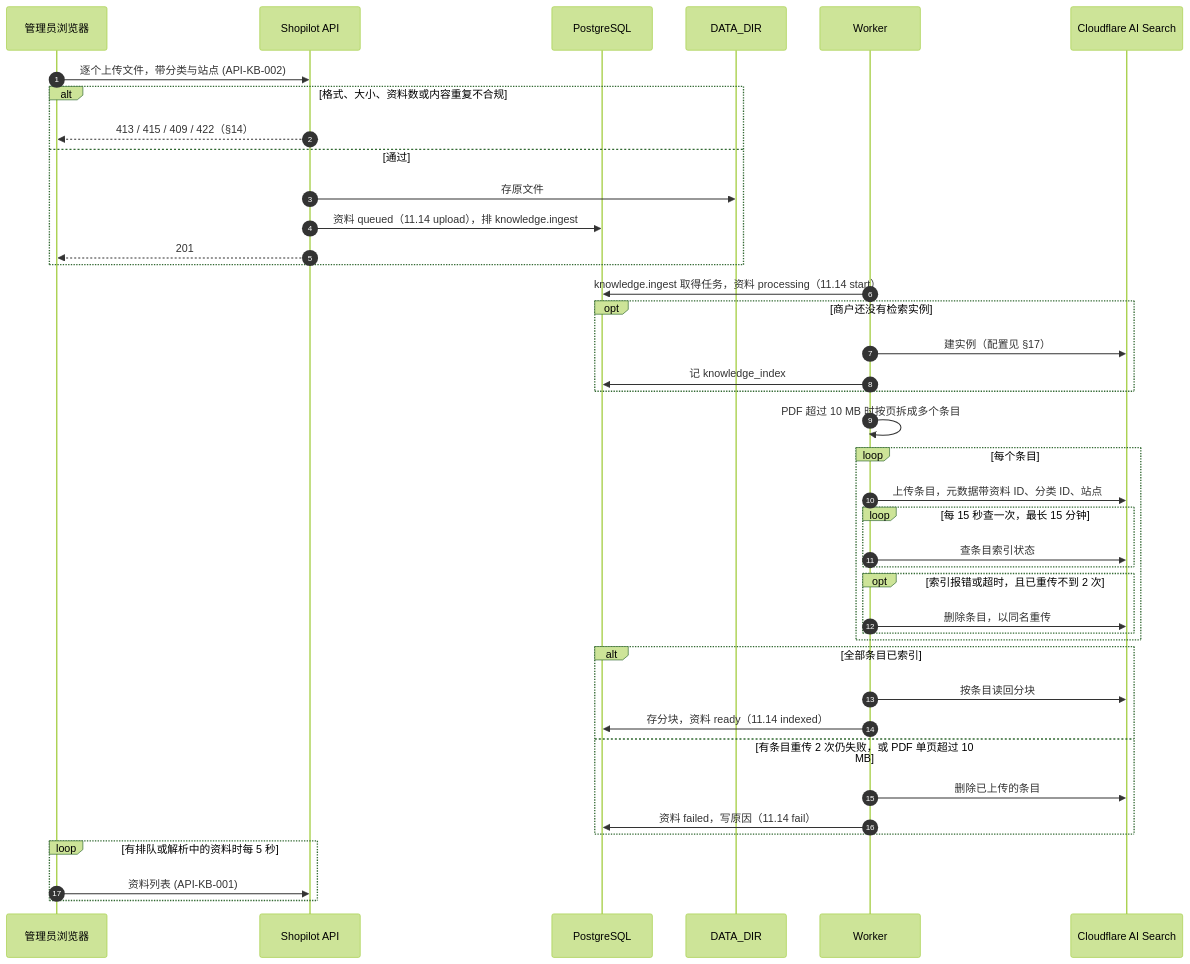
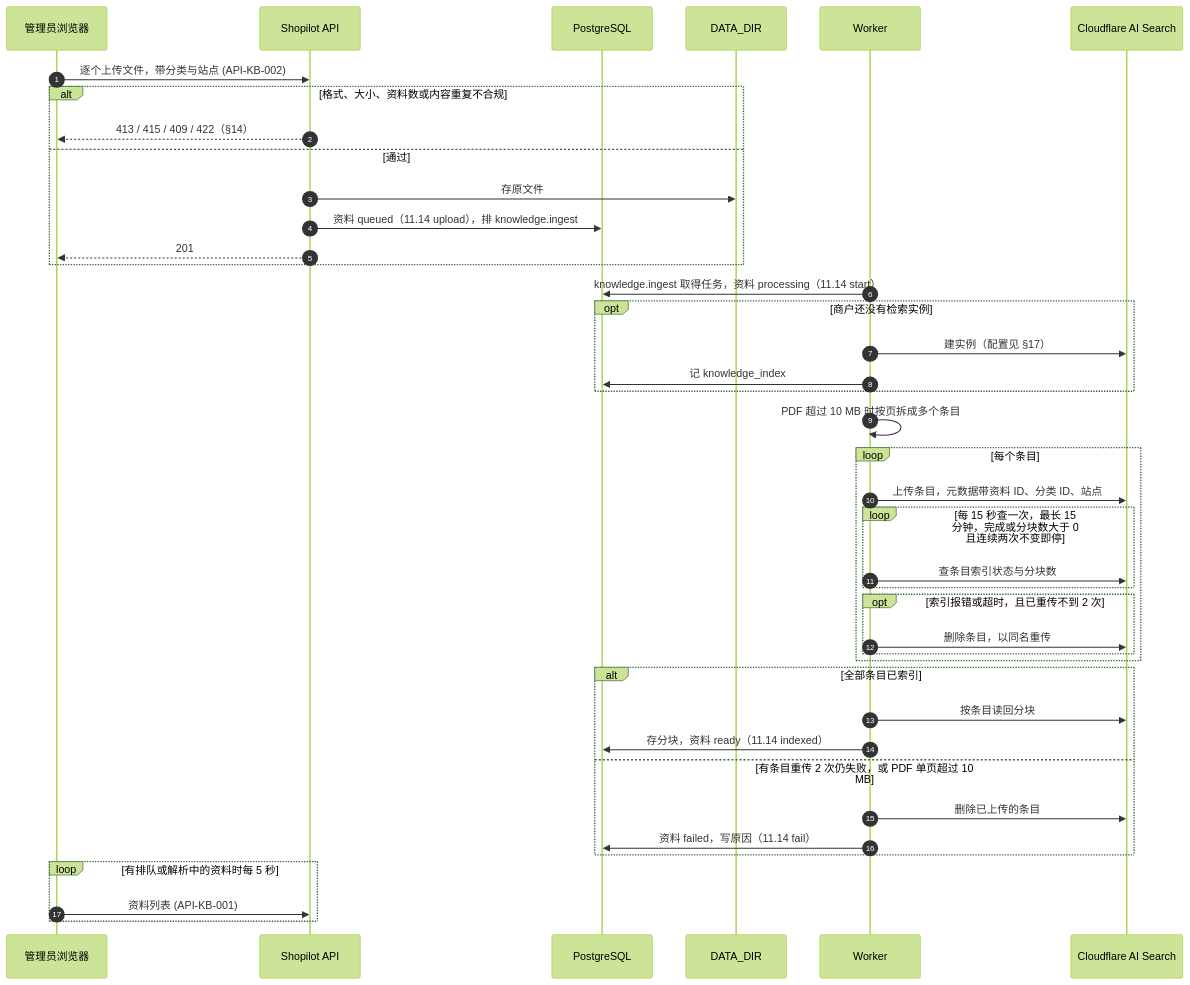
One commit to Bearisbug/shopilot changed diagram 28 of 30 in docs/DESIGN.md. Above: the diagram before and after it, drawn with Mermaid (forest theme). The commit also changed other lines of this file and 1 other file, not shown here.

````diff
--- a/docs/DESIGN.md
+++ b/docs/DESIGN.md
@@ -2501,43 +2516,43 @@
 ```mermaid
 sequenceDiagram
   autonumber
   participant FE as 管理员浏览器
   participant API as Shopilot API
   participant DB as PostgreSQL
   participant FS as DATA_DIR
   participant W as Worker
   participant CF as Cloudflare AI Search
   FE->>API: 逐个上传文件，带分类与站点 (API-KB-002)
   alt 格式、大小、资料数或内容重复不合规
     API-->>FE: 413 / 415 / 409 / 422（§14）
   else 通过
     API->>FS: 存原文件
     API->>DB: 资料 queued（11.14 upload），排 knowledge.ingest
     API-->>FE: 201
   end
   W->>DB: knowledge.ingest 取得任务，资料 processing（11.14 start）
   opt 商户还没有检索实例
     W->>CF: 建实例（配置见 §17）
     W->>DB: 记 knowledge_index
   end
   W->>W: PDF 超过 10 MB 时按页拆成多个条目
   loop 每个条目
     W->>CF: 上传条目，元数据带资料 ID、分类 ID、站点
-    loop 每 15 秒查一次，最长 15 分钟
-      W->>CF: 查条目索引状态
+    loop 每 15 秒查一次，最长 15 分钟，完成或分块数大于 0 且连续两次不变即停
+      W->>CF: 查条目索引状态与分块数
     end
     opt 索引报错或超时，且已重传不到 2 次
       W->>CF: 删除条目，以同名重传
     end
   end
   alt 全部条目已索引
     W->>CF: 按条目读回分块
     W->>DB: 存分块，资料 ready（11.14 indexed）
   else 有条目重传 2 次仍失败，或 PDF 单页超过 10 MB
     W->>CF: 删除已上传的条目
     W->>DB: 资料 failed，写原因（11.14 fail）
   end
   loop 有排队或解析中的资料时每 5 秒
     FE->>API: 资料列表 (API-KB-001)
   end
 ```
````
